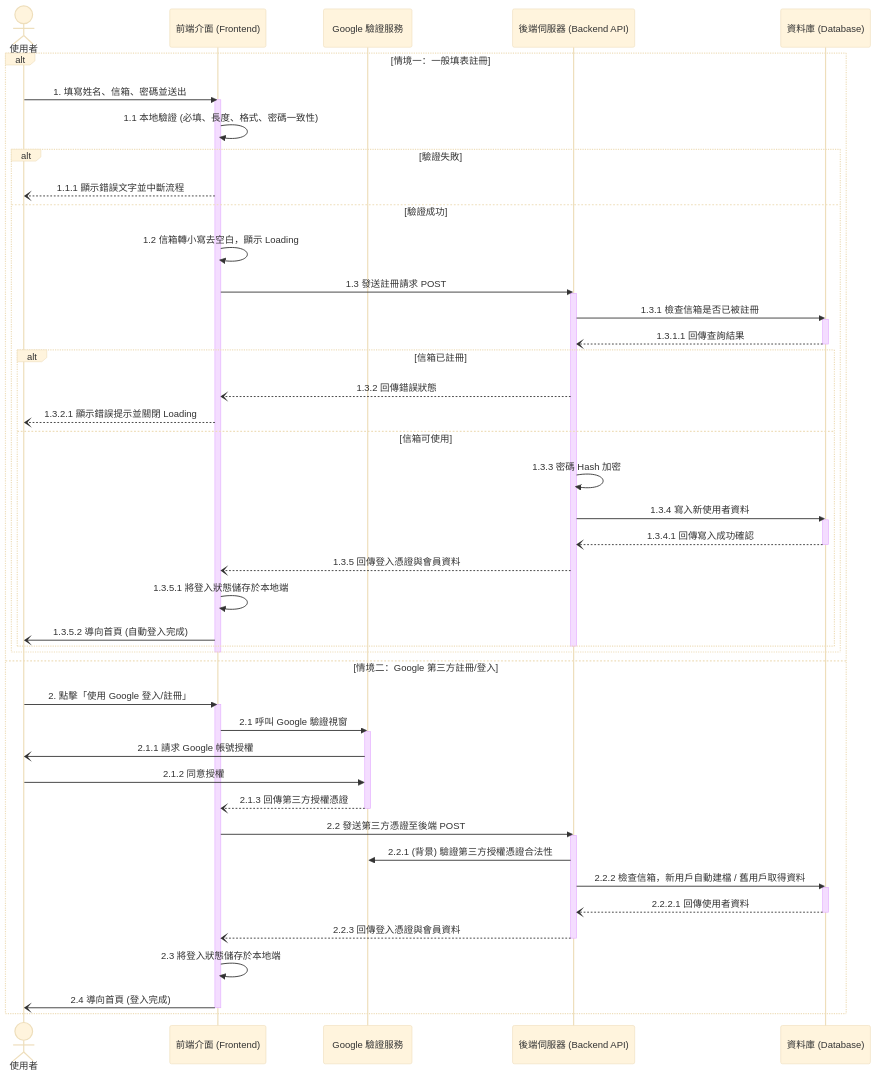
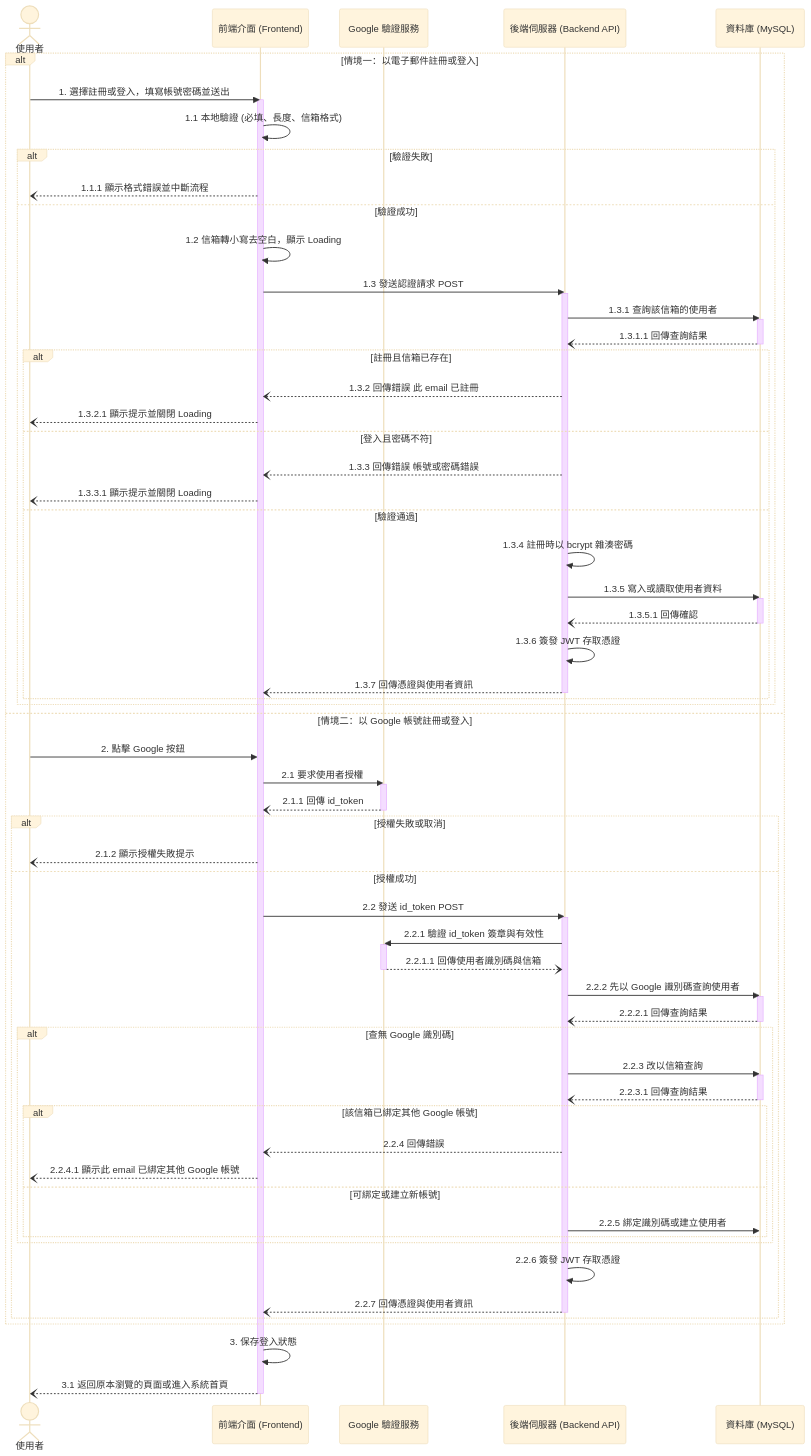
One commit to weeei001/115409 changed the first of 6 diagrams in docs/圖檔/Sequential Diagram/Sequential diagram.md. Above: the diagram before and after it, drawn with Mermaid (base theme). The commit also changed other lines of this file and 28 other files, not shown here.

````diff
--- a/docs/圖檔/Sequential Diagram/Sequential diagram.md
+++ b/docs/圖檔/Sequential Diagram/Sequential diagram.md
@@ -4,79 +2,80 @@
 ```mermaid
 sequenceDiagram
     actor User as 使用者
     participant FE as 前端介面 (Frontend)
     participant Google as Google 驗證服務
     participant API as 後端伺服器 (Backend API)
-    participant DB as 資料庫 (Database)
+    participant DB as 資料庫 (MySQL)
 
-    alt 情境一：一般填表註冊
-        %% 同步請求 (實心)
-        User->>FE: 1. 填寫姓名、信箱、密碼並送出
+    alt 情境一：以電子郵件註冊或登入
+        User->>FE: 1. 選擇註冊或登入，填寫帳號密碼並送出
         activate FE
-        FE->>FE: 1.1 本地驗證 (必填、長度、格式、密碼一致性)
+        FE->>FE: 1.1 本地驗證 (必填、長度、信箱格式)
         alt 驗證失敗
-            %% 回應訊息 (虛線+空心)
-            FE--)User: 1.1.1 顯示錯誤文字並中斷流程
+            FE--)User: 1.1.1 顯示格式錯誤並中斷流程
         else 驗證成功
             FE->>FE: 1.2 信箱轉小寫去空白，顯示 Loading
-            FE->>API: 1.3 發送註冊請求 POST
+            FE->>API: 1.3 發送認證請求 POST
             activate API
-            
-            API->>DB: 1.3.1 檢查信箱是否已被註冊
+            API->>DB: 1.3.1 查詢該信箱的使用者
             activate DB
             DB--)API: 1.3.1.1 回傳查詢結果
             deactivate DB
-            
-            alt 信箱已註冊
-                API--)FE: 1.3.2 回傳錯誤狀態
-                FE--)User: 1.3.2.1 顯示錯誤提示並關閉 Loading
-            else 信箱可使用
-                API->>API: 1.3.3 密碼 Hash 加密
-                
-                %% 💡 修正重點：補上資料庫的生命線與回傳確認
-                API->>DB: 1.3.4 寫入新使用者資料
+            alt 註冊且信箱已存在
+                API--)FE: 1.3.2 回傳錯誤 此 email 已註冊
+                FE--)User: 1.3.2.1 顯示提示並關閉 Loading
+            else 登入且密碼不符
+                API--)FE: 1.3.3 回傳錯誤 帳號或密碼錯誤
+                FE--)User: 1.3.3.1 顯示提示並關閉 Loading
+            else 驗證通過
+                API->>API: 1.3.4 註冊時以 bcrypt 雜湊密碼
+                API->>DB: 1.3.5 寫入或讀取使用者資料
                 activate DB
-                DB--)API: 1.3.4.1 回傳寫入成功確認
+                DB--)API: 1.3.5.1 回傳確認
                 deactivate DB
-                
-                %% 💡 抽象化：拿掉具體變數與函式名
-                API--)FE: 1.3.5 回傳登入憑證與會員資料
-                FE->>FE: 1.3.5.1 將登入狀態儲存於本地端
-                %% 非同步/觸發跳轉 (實線+空心)
-                FE-)User: 1.3.5.2 導向首頁 (自動登入完成)
+                API->>API: 1.3.6 簽發 JWT 存取憑證
+                API--)FE: 1.3.7 回傳憑證與使用者資訊
+                deactivate API
             end
+        end
+    else 情境二：以 Google 帳號註冊或登入
+        User->>FE: 2. 點擊 Google 按鈕
+        FE->>Google: 2.1 要求使用者授權
+        activate Google
+        Google--)FE: 2.1.1 回傳 id_token
+        deactivate Google
+        alt 授權失敗或取消
+            FE--)User: 2.1.2 顯示授權失敗提示
+        else 授權成功
+            FE->>API: 2.2 發送 id_token POST
+            activate API
+            API->>Google: 2.2.1 驗證 id_token 簽章與有效性
+            activate Google
+            Google--)API: 2.2.1.1 回傳使用者識別碼與信箱
+            deactivate Google
+            API->>DB: 2.2.2 先以 Google 識別碼查詢使用者
+            activate DB
+            DB--)API: 2.2.2.1 回傳查詢結果
+            deactivate DB
+            alt 查無 Google 識別碼
+                API->>DB: 2.2.3 改以信箱查詢
+                activate DB
+                DB--)API: 2.2.3.1 回傳查詢結果
+                deactivate DB
+                alt 該信箱已綁定其他 Google 帳號
+                    API--)FE: 2.2.4 回傳錯誤
+                    FE--)User: 2.2.4.1 顯示此 email 已綁定其他 Google 帳號
+                else 可綁定或建立新帳號
+                    API->>DB: 2.2.5 綁定識別碼或建立使用者
+                end
+            end
+            API->>API: 2.2.6 簽發 JWT 存取憑證
+            API--)FE: 2.2.7 回傳憑證與使用者資訊
             deactivate API
         end
-        deactivate FE
+    end
 
-    else 情境二：Google 第三方註冊/登入
-        User->>FE: 2. 點擊「使用 Google 登入/註冊」
-        activate FE
-        FE->>Google: 2.1 呼叫 Google 驗證視窗
-        activate Google
-        %% 彈出視窗屬於非同步觸發
-        Google-)User: 2.1.1 請求 Google 帳號授權
-        User->>Google: 2.1.2 同意授權
-        
-        %% 💡 抽象化：改為通用的憑證描述
-        Google--)FE: 2.1.3 回傳第三方授權憑證
-        deactivate Google
-        
-        FE->>API: 2.2 發送第三方憑證至後端 POST
-        activate API
-        API->>Google: 2.2.1 (背景) 驗證第三方授權憑證合法性
-        
-        %% 💡 修正重點：補上資料庫的生命線與回傳！
-        API->>DB: 2.2.2 檢查信箱，新用戶自動建檔 / 舊用戶取得資料
-        activate DB
-        DB--)API: 2.2.2.1 回傳使用者資料
-        deactivate DB
-        
-        API--)FE: 2.2.3 回傳登入憑證與會員資料
-        deactivate API
-        
-        FE->>FE: 2.3 將登入狀態儲存於本地端
-        FE-)User: 2.4 導向首頁 (登入完成)
-        deactivate FE
-    end
+    FE->>FE: 3. 保存登入狀態
+    FE--)User: 3.1 返回原本瀏覽的頁面或進入系統首頁
+    deactivate FE
 ```
````
